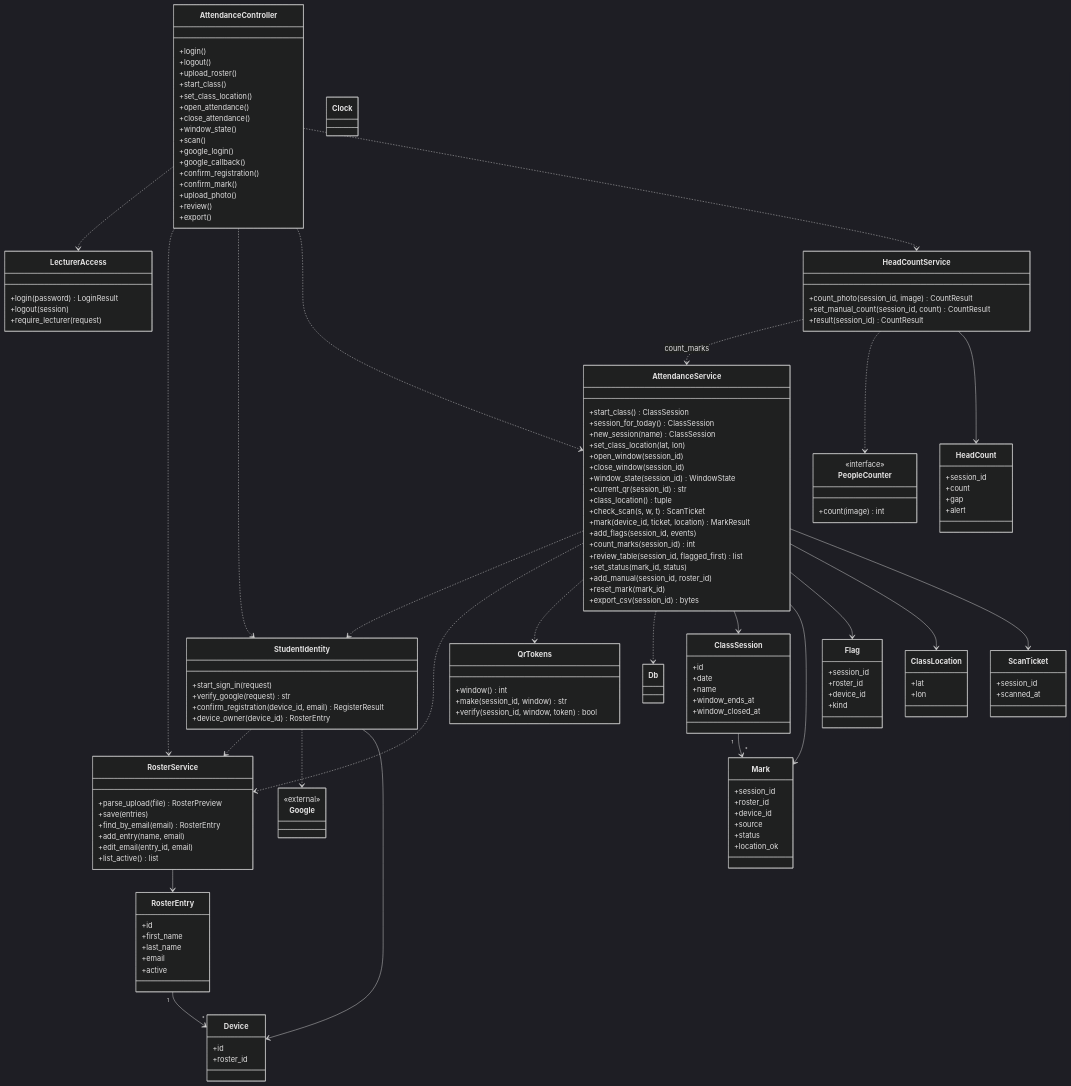
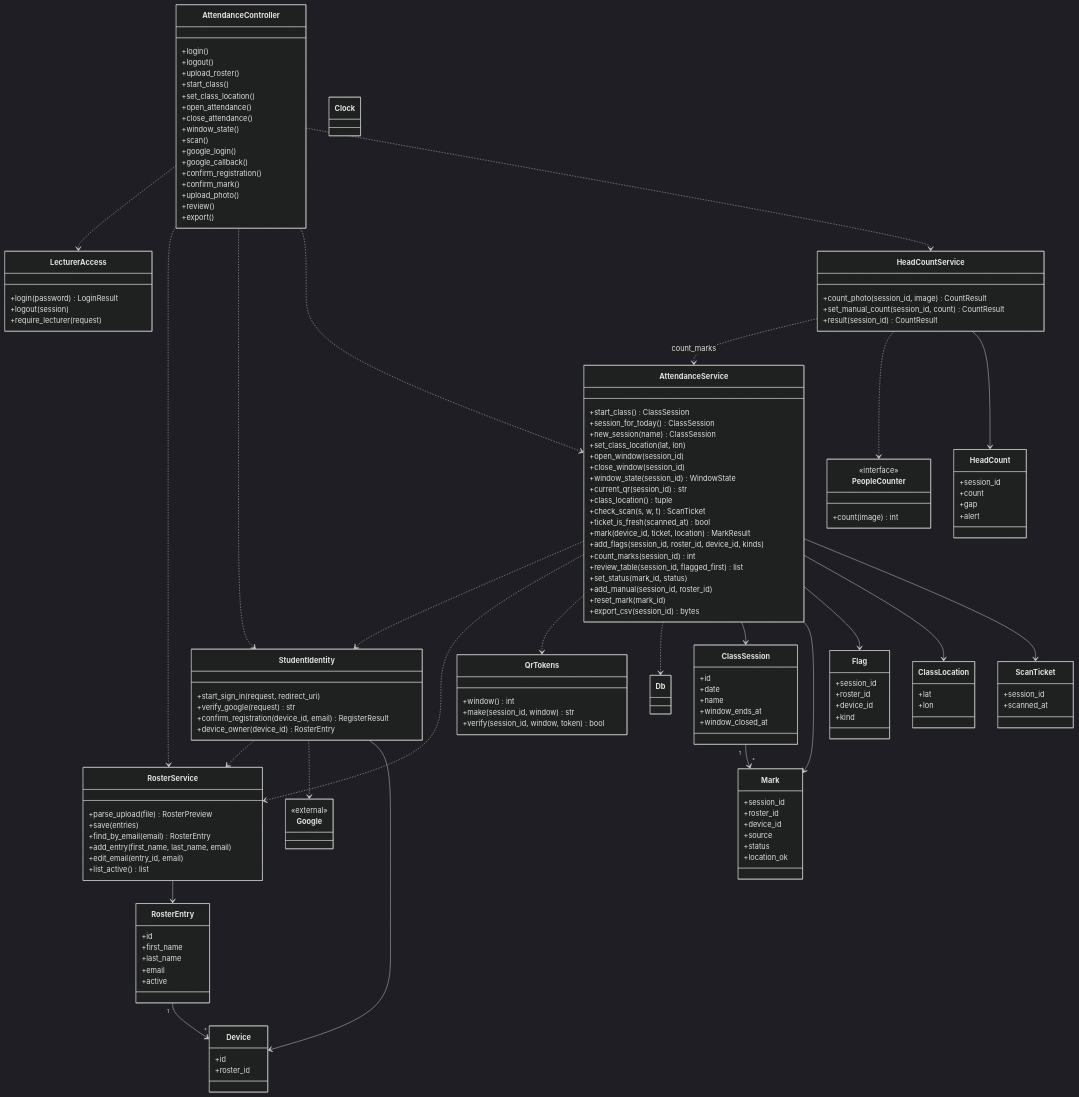
One commit to Gashaw-ambaw/Ex2 changed the first of 7 diagrams in docs/edd.md. Above: the diagram before and after it, drawn with Mermaid (dark theme). The commit also changed other lines of this file and 3 other files, not shown here.

```diff
--- a/docs/edd.md
+++ b/docs/edd.md
@@ -47,12 +47,12 @@
     +parse_upload(file) RosterPreview
     +save(entries)
     +find_by_email(email) RosterEntry
-    +add_entry(name, email)
+    +add_entry(first_name, last_name, email)
     +edit_email(entry_id, email)
     +list_active() list
   }
   class StudentIdentity {
-    +start_sign_in(request)
+    +start_sign_in(request, redirect_uri)
     +verify_google(request) str
     +confirm_registration(device_id, email) RegisterResult
     +device_owner(device_id) RosterEntry
@@ -68,8 +68,9 @@
     +current_qr(session_id) str
     +class_location() tuple
     +check_scan(s, w, t) ScanTicket
+    +ticket_is_fresh(scanned_at) bool
     +mark(device_id, ticket, location) MarkResult
-    +add_flags(session_id, events)
+    +add_flags(session_id, roster_id, device_id, kinds)
     +count_marks(session_id) int
     +review_table(session_id, flagged_first) list
     +set_status(mark_id, status)
```
